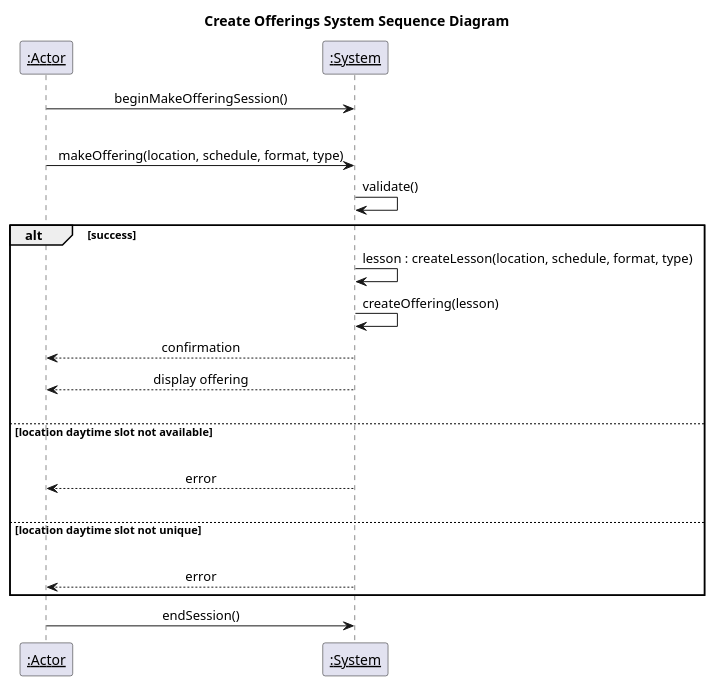
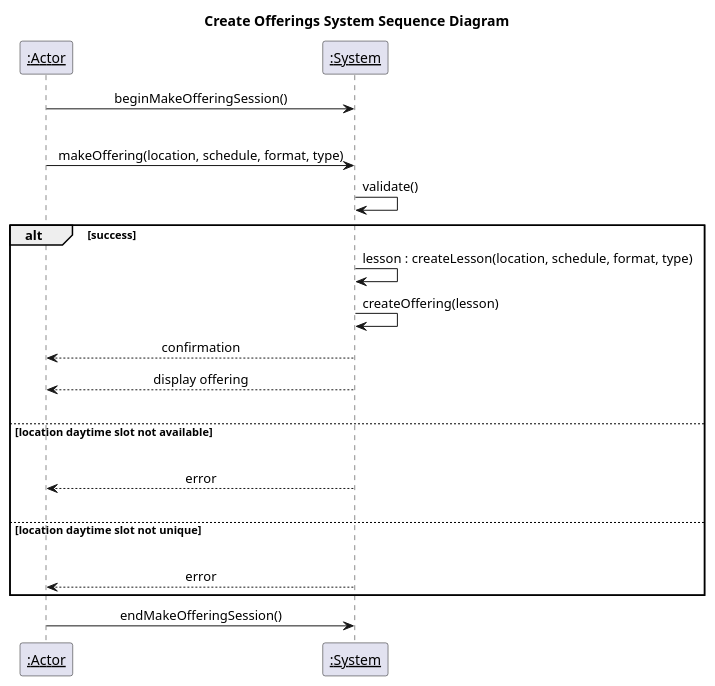
Before and after one commit to PrinceOfNothingg/Lesson-Booking-Management-System: the second of 4 diagrams in deliverables/2024-10-18/offering-system-sequence-diagram.md, drawn with PlantUML. The commit also changed 4 other files, not shown here.

````diff
--- a/deliverables/2024-10-18/offering-system-sequence-diagram.md
+++ b/deliverables/2024-10-18/offering-system-sequence-diagram.md
@@ -51,36 +51,36 @@
 ``` plantuml
 @startuml
 participant "__:Actor__" as actor
 participant "__:System__" as system
 
 title Create Offerings System Sequence Diagram
 
 skinparam sequenceMessageAlign center
 
 
 actor -> system : beginMakeOfferingSession()
 |||
 actor -> system : makeOffering(location, schedule, format, type)
 
 
 system -> system : validate()
 
 alt success
   system -> system : lesson : createLesson(location, schedule, format, type)
   system -> system : createOffering(lesson)
   system --> actor : confirmation
   system --> actor : display offering
 |||
 else location daytime slot not available
 |||
   system --> actor : error
 |||
 else location daytime slot not unique
 |||
   system --> actor : error
 end
 
-actor -> system : endSession()
+actor -> system : endMakeOfferingSession()
 
 @enduml
 ```
````
